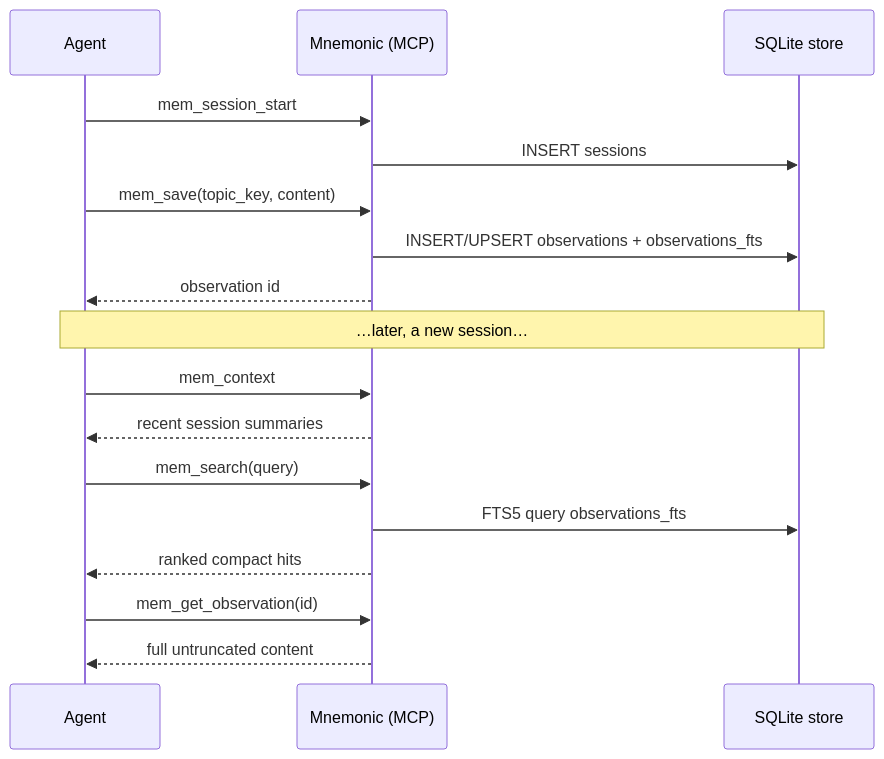
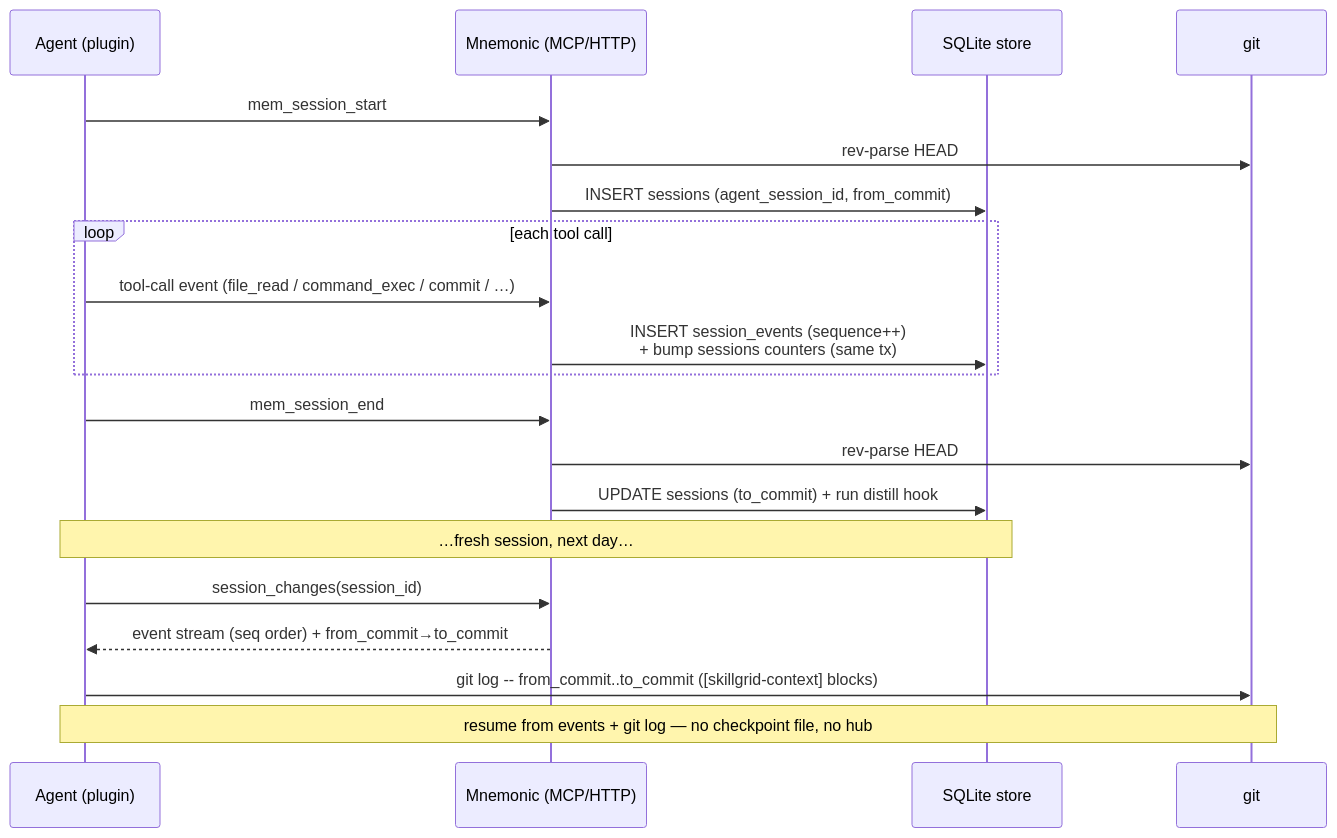
Before and after one commit to devopstales/skillgrid: the seventh of 8 diagrams in docs/user-guide/05-memory-and-indexing.md, drawn with Mermaid. The commit also changed other lines of this file and 15 other files, not shown here.

First line of the commit message:
docs(sdd): multi-phase change folders, STATUS banner, hook plugin layout

````diff
--- a/docs/user-guide/05-memory-and-indexing.md
+++ b/docs/user-guide/05-memory-and-indexing.md
@@ -513,19 +583,23 @@
 ```mermaid
 sequenceDiagram
-  participant A as Agent
-  participant M as Mnemonic (MCP)
+  participant A as Agent (plugin)
+  participant M as Mnemonic (MCP/HTTP)
   participant DB as SQLite store
+  participant G as git
+
   A->>M: mem_session_start
-  M->>DB: INSERT sessions
-  A->>M: mem_save(topic_key, content)
-  M->>DB: INSERT/UPSERT observations + observations_fts
-  M-->>A: observation id
-  Note over A,DB: …later, a new session…
-  A->>M: mem_context
-  M-->>A: recent session summaries
-  A->>M: mem_search(query)
-  M->>DB: FTS5 query observations_fts
-  M-->>A: ranked compact hits
-  A->>M: mem_get_observation(id)
-  M-->>A: full untruncated content
+  M->>G: rev-parse HEAD
+  M->>DB: INSERT sessions (agent_session_id, from_commit)
+  loop each tool call
+    A->>M: tool-call event (file_read / command_exec / commit / …)
+    M->>DB: INSERT session_events (sequence++)<br/>+ bump sessions counters (same tx)
+  end
+  A->>M: mem_session_end
+  M->>G: rev-parse HEAD
+  M->>DB: UPDATE sessions (to_commit) + run distill hook
+  Note over A,DB: …fresh session, next day…
+  A->>M: session_changes(session_id)
+  M-->>A: event stream (seq order) + from_commit→to_commit
+  A->>G: git log -- from_commit..to_commit ([skillgrid-context] blocks)
+  Note over A,G: resume from events + git log — no checkpoint file, no hub
 ```
````
